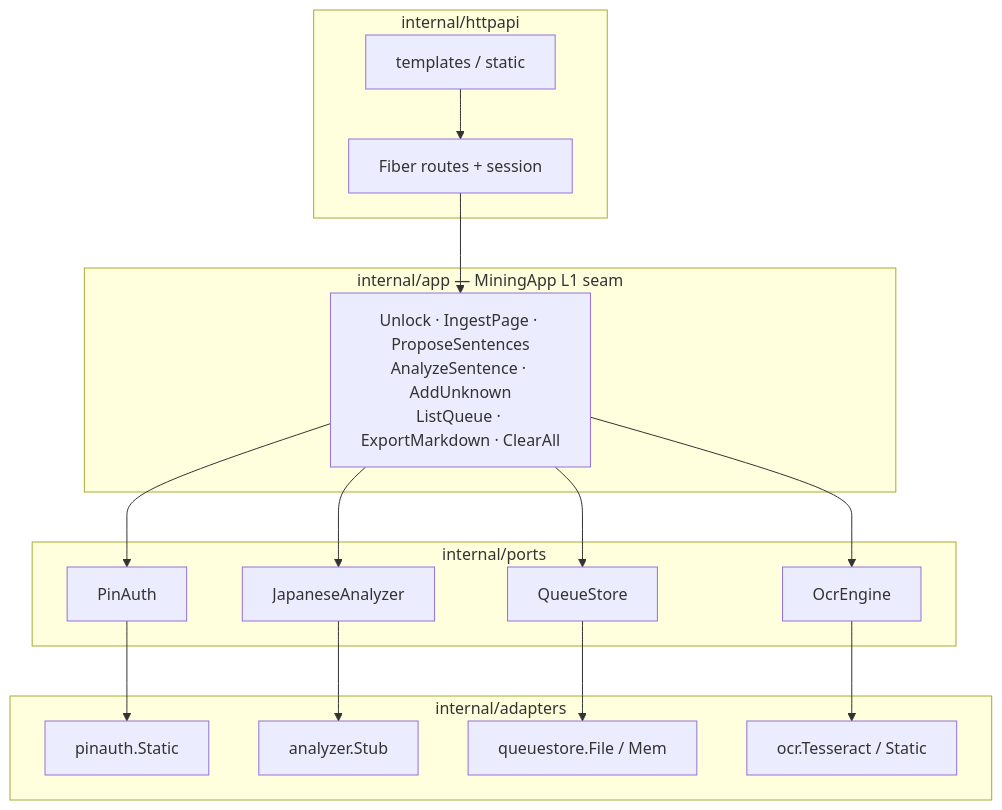
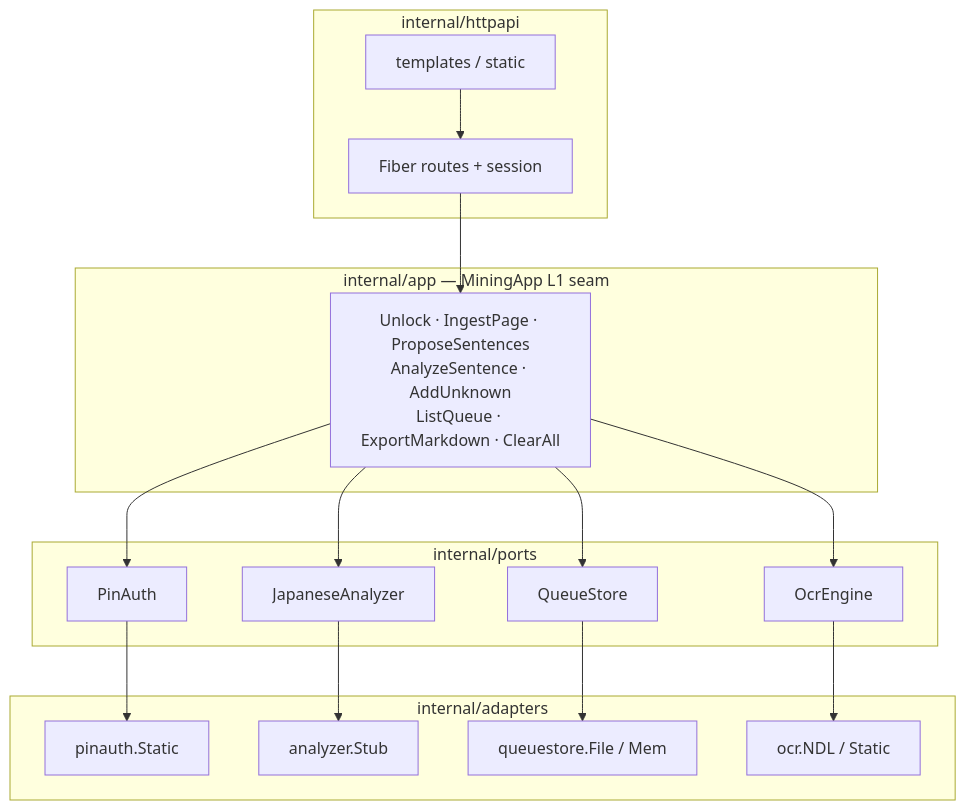
The second of 5 diagrams in README.md (rikiisworking/miner), drawn with Mermaid before and after one commit. The commit also changed other lines of this file and 20 other files, not shown here.

First line of the commit message:
feat: replace Tesseract with NDLOCR-Lite local OCR

````diff
--- a/README.md
+++ b/README.md
@@ -65,29 +65,29 @@
 ```mermaid
 flowchart TB
   subgraph HTTP["internal/httpapi"]
     F[Fiber routes + session]
     TPL[templates / static]
   end
   subgraph APP["internal/app — MiningApp L1 seam"]
     UC[Unlock · IngestPage · ProposeSentences<br/>AnalyzeSentence · AddUnknown<br/>ListQueue · ExportMarkdown · ClearAll]
   end
   subgraph PORTS["internal/ports"]
     P1[PinAuth]
     P2[JapaneseAnalyzer]
     P3[QueueStore]
     P4[OcrEngine]
   end
   subgraph ADP["internal/adapters"]
     A1[pinauth.Static]
     A2[analyzer.Stub]
     A3[queuestore.File / Mem]
-    A4[ocr.Tesseract / Static]
+    A4[ocr.NDL / Static]
   end
   F --> UC
   TPL --> F
   UC --> P1 & P2 & P3 & P4
   P1 --> A1
   P2 --> A2
   P3 --> A3
   P4 --> A4
 ```
````
